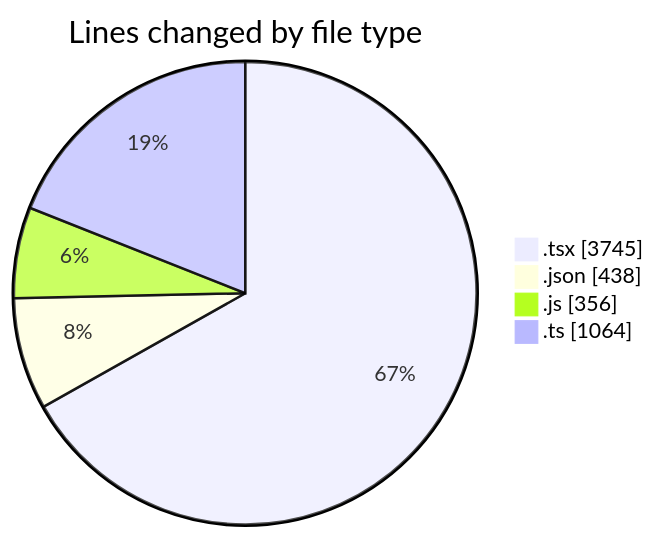
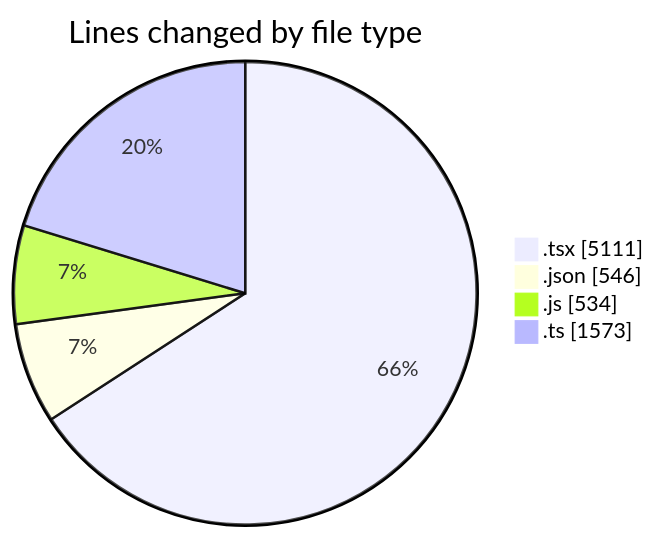
One commit to momahboobian/code-tracking changed the first of 2 diagrams in 2026-08-07/cda/README.md. Above: the diagram before and after it, drawn with Mermaid. The commit also changed other lines of this file and 1 other file, not shown here.

````diff
--- a/2026-08-07/cda/README.md
+++ b/2026-08-07/cda/README.md
@@ -33,8 +33,8 @@
 ```mermaid
 pie showData
 title Lines changed by file type
-".tsx" : 3745
-".json" : 438
-".js" : 356
-".ts" : 1064
+".tsx" : 5111
+".json" : 546
+".js" : 534
+".ts" : 1573
 ```
````
